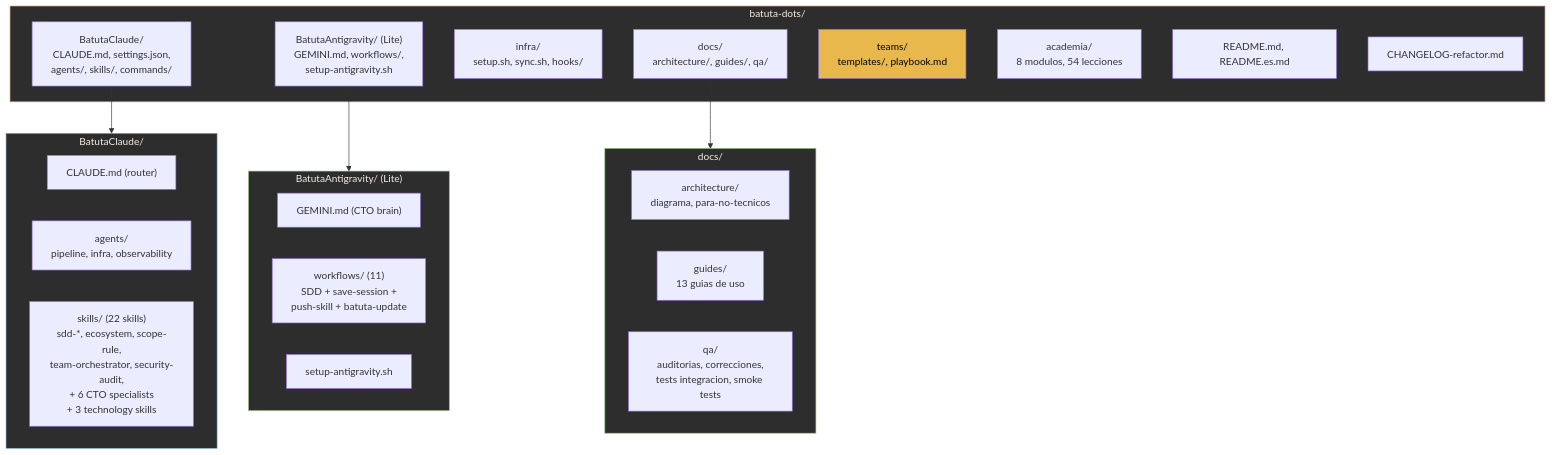
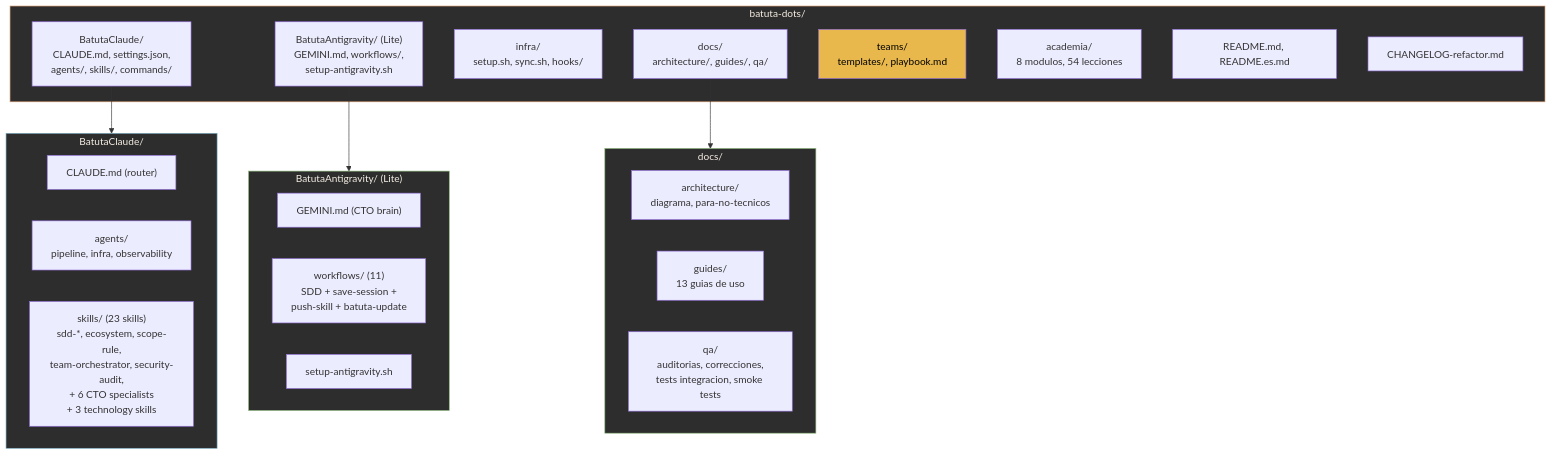
One commit to jota-batuta/batuta-dots changed diagram 23 of 23 in docs/architecture/arquitectura-diagrama.md. Above: the diagram before and after it, drawn with Mermaid. The commit also changed other lines of this file and 17 other files, not shown here.

````diff
--- a/docs/architecture/arquitectura-diagrama.md
+++ b/docs/architecture/arquitectura-diagrama.md
@@ -846,41 +846,41 @@
 ```mermaid
 flowchart TD
     subgraph ROOT["batuta-dots/"]
         CLAUDE_DIR["BatutaClaude/<br/>CLAUDE.md, settings.json,<br/>agents/, skills/, commands/"]
         ANTIGRAVITY_DIR["BatutaAntigravity/ (Lite)<br/>GEMINI.md, workflows/,<br/>setup-antigravity.sh"]
         INFRA_DIR["infra/<br/>setup.sh, sync.sh, hooks/"]
         DOCS["docs/<br/>architecture/, guides/, qa/"]
         TEAMS["teams/<br/>templates/, playbook.md"]
         ACADEMIA["academia/<br/>8 modulos, 54 lecciones"]
         README["README.md, README.es.md"]
         CHANGELOG["CHANGELOG-refactor.md"]
     end
 
     subgraph CLAUDE_DETAIL["BatutaClaude/"]
         CLAUDE_MD["CLAUDE.md (router)"]
         AGENTS["agents/<br/>pipeline, infra, observability"]
-        SKILLS_22["skills/ (22 skills)<br/>sdd-*, ecosystem, scope-rule,<br/>team-orchestrator, security-audit,<br/>+ 6 CTO specialists<br/>+ 3 technology skills"]
+        SKILLS_22["skills/ (23 skills)<br/>sdd-*, ecosystem, scope-rule,<br/>team-orchestrator, security-audit,<br/>+ 6 CTO specialists<br/>+ 3 technology skills"]
     end
 
     subgraph ANTIGRAVITY_DETAIL["BatutaAntigravity/ (Lite)"]
         GEMINI_MD["GEMINI.md (CTO brain)"]
         WORKFLOWS["workflows/ (11)<br/>SDD + save-session +<br/>push-skill + batuta-update"]
         SETUP_AG["setup-antigravity.sh"]
     end
 
     subgraph DOCS_DETAIL["docs/"]
         ARCH["architecture/<br/>diagrama, para-no-tecnicos"]
         GUIDES["guides/<br/>13 guias de uso"]
         QA["qa/<br/>auditorias, correcciones,<br/>tests integracion, smoke tests"]
     end
 
     CLAUDE_DIR --> CLAUDE_DETAIL
     ANTIGRAVITY_DIR --> ANTIGRAVITY_DETAIL
     DOCS --> DOCS_DETAIL
 
     style ROOT fill:#2d2d2d,stroke:#D4956A,color:#F5EDE4
     style CLAUDE_DETAIL fill:#2d2d2d,stroke:#7AAFC4,color:#F5EDE4
     style ANTIGRAVITY_DETAIL fill:#2d2d2d,stroke:#8BB87A,color:#F5EDE4
     style DOCS_DETAIL fill:#2d2d2d,stroke:#8BB87A,color:#F5EDE4
     style TEAMS fill:#E8B84D,color:#000
 ```
````
